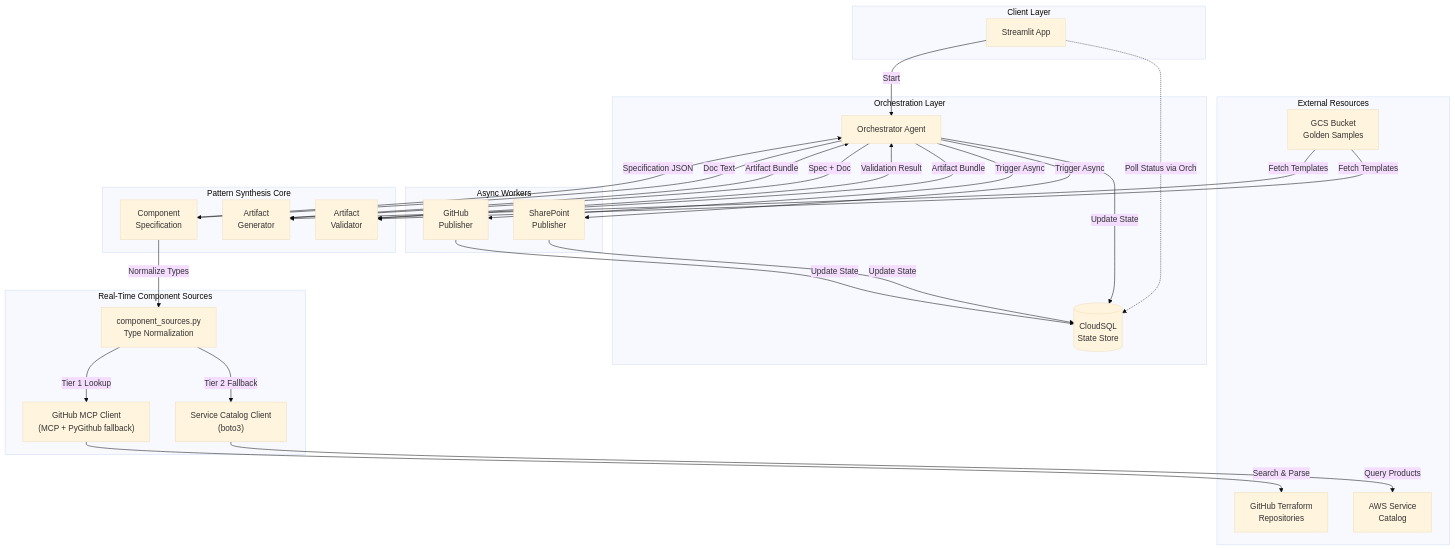
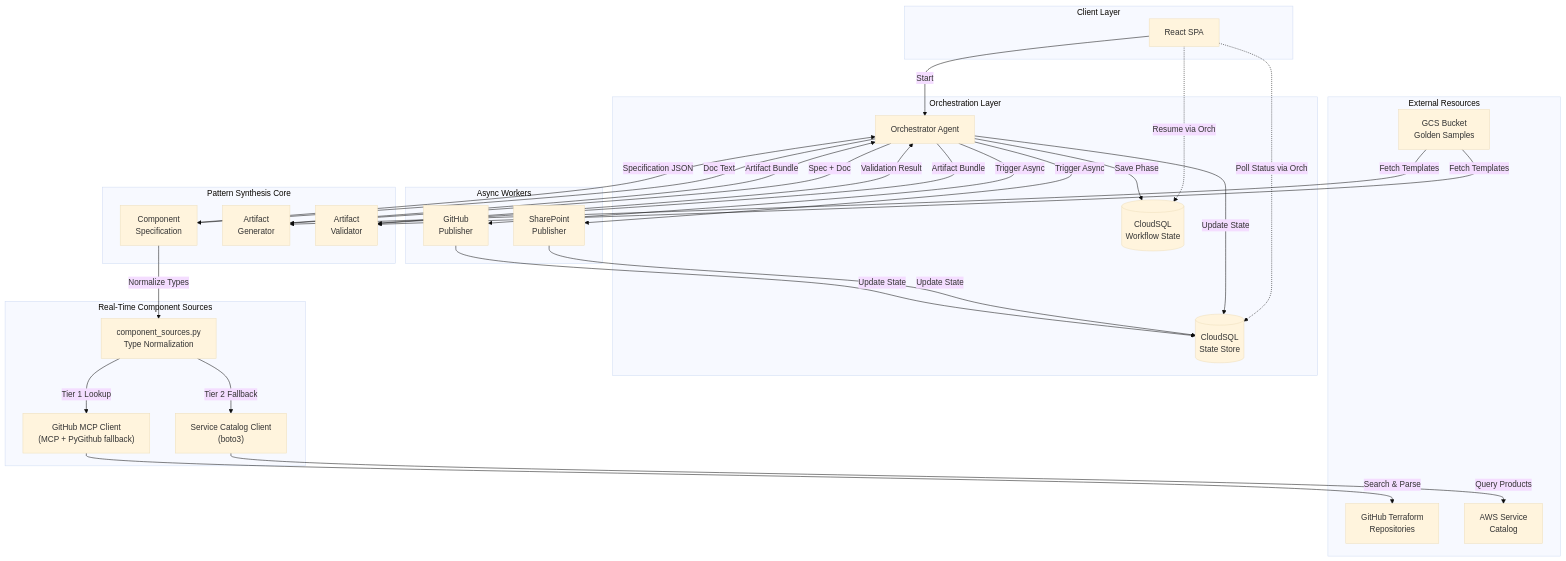
The sixth of 10 diagrams in DESIGN_DOCUMENT.md (rnerurkar/engen), drawn with Mermaid (base theme) before and after one commit. The commit also changed other lines of this file, not shown here.

First line of the commit message:
docs: update Design Document v2.4 — React SPA + resumable workflow persistence

````diff
--- a/DESIGN_DOCUMENT.md
+++ b/DESIGN_DOCUMENT.md
@@ -758,62 +764,65 @@
 ```mermaid
 graph TD
     subgraph "Client Layer"
-        UI[Streamlit App]
+        UI[React SPA]
     end
 
     subgraph "Orchestration Layer"
         Orch[Orchestrator Agent]
         DB[(CloudSQL<br/>State Store)]
+        WFS[(CloudSQL<br/>Workflow State)]
     end
 
     subgraph "Pattern Synthesis Core"
         CompSpec["Component<br/>Specification"]
         ArtGen["Artifact<br/>Generator"]
         ArtVal["Artifact<br/>Validator"]
     end
 
     subgraph "Real-Time Component Sources"
         CompSources["component_sources.py<br/>Type Normalization"]
         GitMCP["GitHub MCP Client<br/>(MCP + PyGithub fallback)"]
         SvcCat["Service Catalog Client<br/>(boto3)"]
     end
 
     subgraph "Async Workers"
         PubDocs[SharePoint<br/>Publisher]
         PubCode[GitHub<br/>Publisher]
     end
 
     subgraph "External Resources"
         GCS[GCS Bucket<br/>Golden Samples]
         GitRepos[GitHub Terraform<br/>Repositories]
         AWSSC[AWS Service<br/>Catalog]
     end
 
     %% Data Flow
     UI -->|Start| Orch
     UI -.->|Poll Status via Orch| DB
+    UI -.->|Resume via Orch| WFS
 
     Orch -->|Update State| DB
+    Orch -->|Save Phase| WFS
     Orch -->|Trigger Async| PubDocs
     Orch -->|Trigger Async| PubCode
 
     PubDocs -->|Update State| DB
     PubCode -->|Update State| DB
     
     GCS -->|Fetch Templates| ArtGen
     GCS -->|Fetch Templates| ArtVal
 
     Orch -->|Doc Text| CompSpec
     CompSpec -->|Normalize Types| CompSources
     CompSources -->|Tier 1 Lookup| GitMCP
     CompSources -->|Tier 2 Fallback| SvcCat
     GitMCP -->|Search & Parse| GitRepos
     SvcCat -->|Query Products| AWSSC
     CompSpec -->|Specification JSON| Orch
 
     Orch -->|Spec + Doc| ArtGen
     ArtGen -->|Artifact Bundle| Orch
 
     Orch -->|Artifact Bundle| ArtVal
     ArtVal -->|Validation Result| Orch
 ```
````
